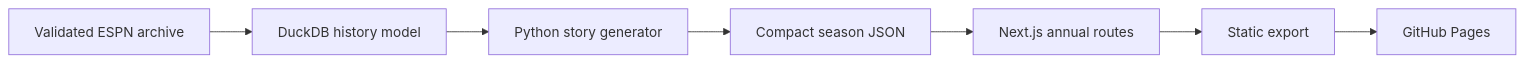
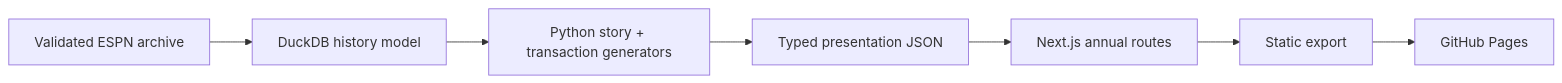
The diagram in README.md (rdsciv/AFFL_Wrapped), drawn with Mermaid before and after one commit. The commit also changed other lines of this file and 18 other files, not shown here.

````diff
--- a/README.md
+++ b/README.md
@@ -57,9 +61,9 @@
 ```mermaid
 flowchart LR
   A["Validated ESPN archive"] --> B["DuckDB history model"]
-  B --> C["Python story generator"]
-  C --> D["Compact season JSON"]
+  B --> C["Python story + transaction generators"]
+  C --> D["Typed presentation JSON"]
   D --> E["Next.js annual routes"]
   E --> F["Static export"]
   F --> G["GitHub Pages"]
 ```
````
